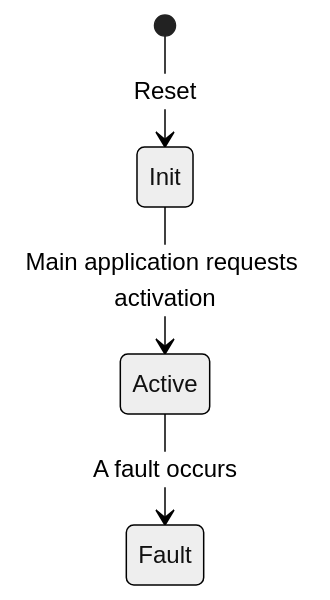
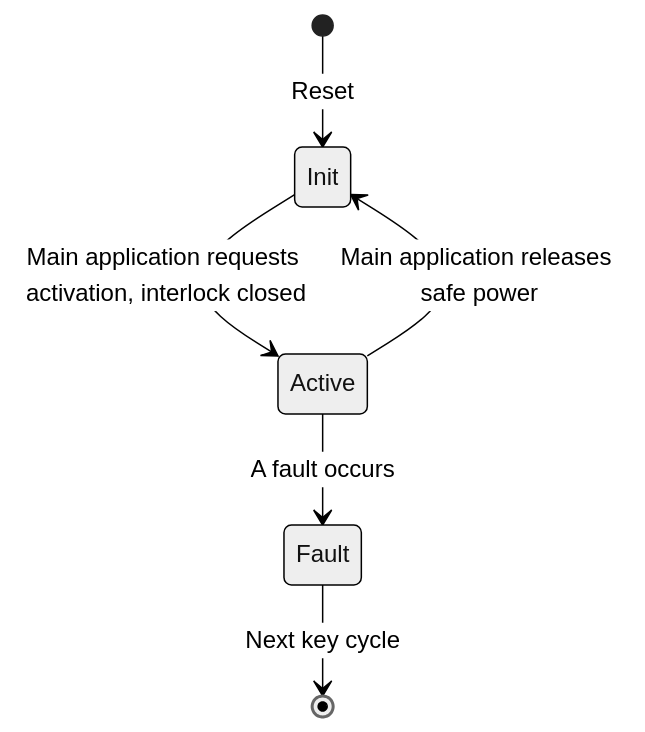
One commit to aphid-ev/aphid-ev changed the diagram in site/content/wiki/monitor-firmware.md. Above: the diagram before and after it, drawn with Mermaid (neutral theme). The commit also changed other lines of this file and 6 other files, not shown here.

First line of the commit message:
docs(site): specify the contactor sequence and fault reactions

````diff
--- a/site/content/wiki/monitor-firmware.md
+++ b/site/content/wiki/monitor-firmware.md
@@ -42,6 +42,8 @@
 ```mermaid
 stateDiagram-v2
     [*] --> Init: Reset
-    Init --> Active: Main application requests activation
+    Init --> Active: Main application requests activation, interlock closed
+    Active --> Init: Main application releases safe power
     Active --> Fault: A fault occurs
+    Fault --> [*]: Next key cycle
 ```
````
